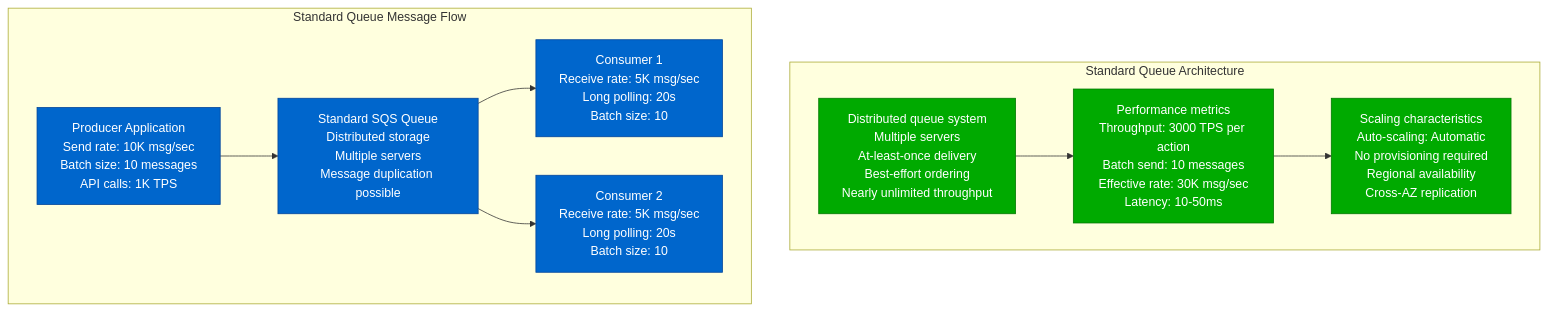
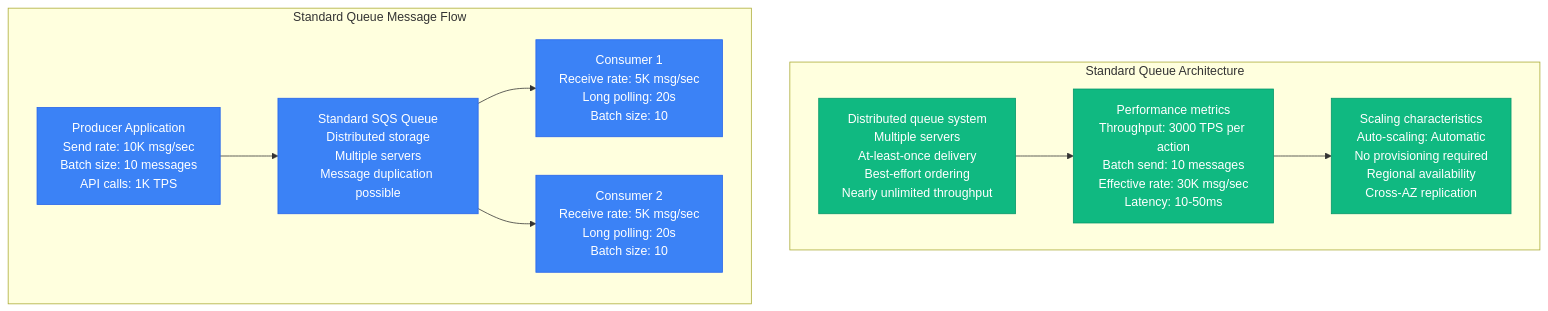
The first of 13 diagrams in site/docs/performance/sqs-sns-performance-profile.md (deepaucksharma/DS), drawn with Mermaid before and after one commit. The commit also changed other lines of this file and 303 other files, not shown here.

````diff
--- a/site/docs/performance/sqs-sns-performance-profile.md
+++ b/site/docs/performance/sqs-sns-performance-profile.md
@@ -11,32 +11,32 @@
 ```mermaid
 graph TB
     subgraph "Standard Queue Architecture"
         STD1[Distributed queue system<br/>Multiple servers<br/>At-least-once delivery<br/>Best-effort ordering<br/>Nearly unlimited throughput]
 
         STD2[Performance metrics<br/>Throughput: 3000 TPS per action<br/>Batch send: 10 messages<br/>Effective rate: 30K msg/sec<br/>Latency: 10-50ms]
 
         STD3[Scaling characteristics<br/>Auto-scaling: Automatic<br/>No provisioning required<br/>Regional availability<br/>Cross-AZ replication]
 
         STD1 --> STD2 --> STD3
     end
 
     subgraph "Standard Queue Message Flow"
         PROD[Producer Application<br/>Send rate: 10K msg/sec<br/>Batch size: 10 messages<br/>API calls: 1K TPS]
 
         SQS_STD[Standard SQS Queue<br/>Distributed storage<br/>Multiple servers<br/>Message duplication possible]
 
         CONS1[Consumer 1<br/>Receive rate: 5K msg/sec<br/>Long polling: 20s<br/>Batch size: 10]
 
         CONS2[Consumer 2<br/>Receive rate: 5K msg/sec<br/>Long polling: 20s<br/>Batch size: 10]
 
         PROD --> SQS_STD
         SQS_STD --> CONS1
         SQS_STD --> CONS2
     end
 
-    classDef standardStyle fill:#00AA00,stroke:#007700,color:#fff
-    classDef flowStyle fill:#0066CC,stroke:#004499,color:#fff
+    classDef standardStyle fill:#10B981,stroke:#059669,color:#fff
+    classDef flowStyle fill:#3B82F6,stroke:#2563EB,color:#fff
 
     class STD1,STD2,STD3 standardStyle
     class PROD,SQS_STD,CONS1,CONS2 flowStyle
 ```
````
